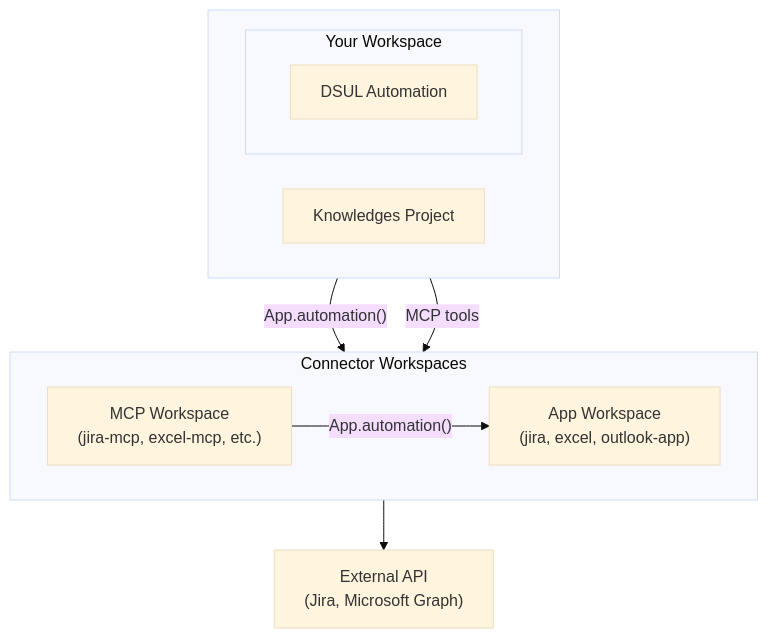
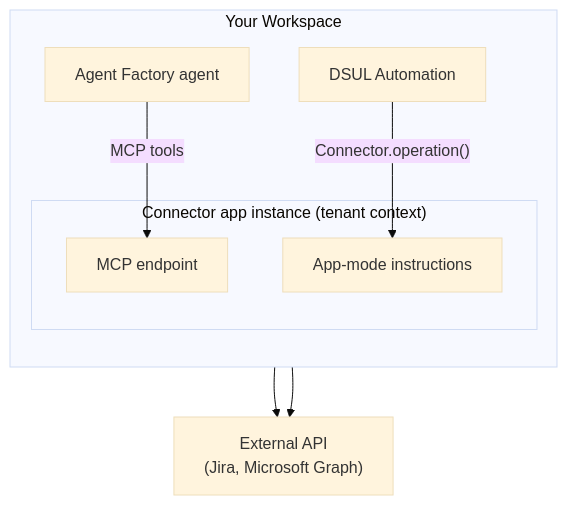
One commit to prismeai/docs changed the diagram in apps-store/marketplace/connectors/overview.mdx. Above: the diagram before and after it, drawn with Mermaid (base theme). The commit also changed other lines of this file and 4 other files, not shown here.

First line of the commit message:
docs(connectors): add App+MCP connector architecture page

````diff
--- a/apps-store/marketplace/connectors/overview.mdx
+++ b/apps-store/marketplace/connectors/overview.mdx
@@ -170,23 +170,18 @@
 ```mermaid
 flowchart TB
-    subgraph callers[" "]
-        direction LR
-        subgraph workspace["Your Workspace"]
-            dsul["DSUL Automation"]
+    subgraph tenant["Your Workspace"]
+        direction TB
+        dsul["DSUL Automation"]
+        agent["Agent Factory agent"]
+        subgraph inst["Connector app instance (tenant context)"]
+            mcp["MCP endpoint"]
+            app["App-mode instructions"]
         end
-        aik["Knowledges Project"]
     end
-    
-    subgraph connectors["Connector Workspaces"]
-        direction LR
-        mcp["MCP Workspace<br/>(jira-mcp, excel-mcp, etc.)"]
-        app["App Workspace<br/>(jira, excel, outlook-app)"]
-    end
-    
     api["External API<br/>(Jira, Microsoft Graph)"]
-    
-    dsul -->|"App.automation()"| app
-    aik -->|"MCP tools"| mcp
-    mcp -->|"App.automation()"| app
+
+    dsul -->|"Connector.operation()"| app
+    agent -->|"MCP tools"| mcp
+    mcp --> api
     app --> api
 ```
````
